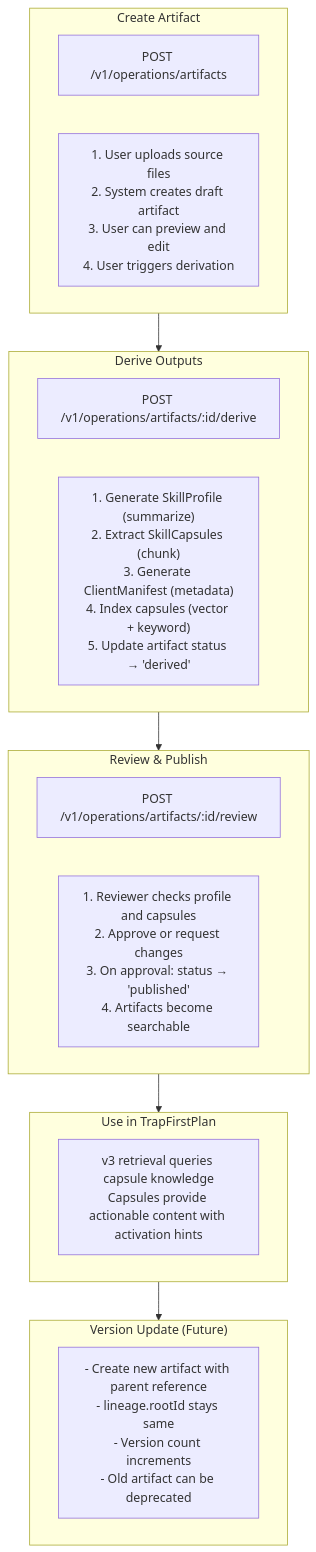
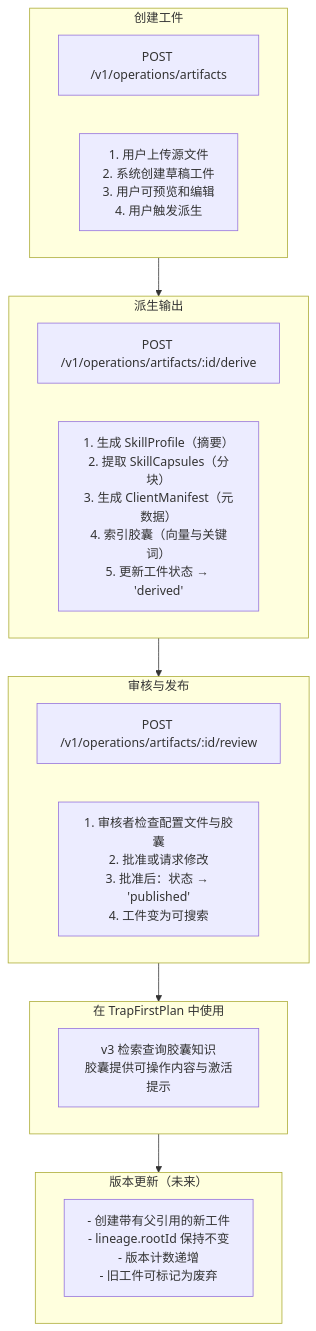
The second of 7 diagrams in docs/architecture/components/ARTIFACTS.md (pofossette/TrapMap-for-vibing), drawn with Mermaid before and after one commit. The commit also changed other lines of this file and 11 other files, not shown here.

First line of the commit message:
docs: 转换 ASCII 框图为 Mermaid flowchart tb + subgraph，翻译已有 Mermaid 图表为简体中文

````diff
--- a/docs/architecture/components/ARTIFACTS.md
+++ b/docs/architecture/components/ARTIFACTS.md
@@ -157,27 +157,27 @@
 ```mermaid
 flowchart TB
-    subgraph Create["Create Artifact"]
+    subgraph Create["创建工件"]
         A1["POST /v1/operations/artifacts"]
-        A2["1. User uploads source files\n2. System creates draft artifact\n3. User can preview and edit\n4. User triggers derivation"]
+        A2["1. 用户上传源文件\n2. 系统创建草稿工件\n3. 用户可预览和编辑\n4. 用户触发派生"]
     end
 
-    subgraph Derive["Derive Outputs"]
+    subgraph Derive["派生输出"]
         B1["POST /v1/operations/artifacts/:id/derive"]
-        B2["1. Generate SkillProfile (summarize)\n2. Extract SkillCapsules (chunk)\n3. Generate ClientManifest (metadata)\n4. Index capsules (vector + keyword)\n5. Update artifact status → 'derived'"]
+        B2["1. 生成 SkillProfile（摘要）\n2. 提取 SkillCapsules（分块）\n3. 生成 ClientManifest（元数据）\n4. 索引胶囊（向量与关键词）\n5. 更新工件状态 → 'derived'"]
     end
 
-    subgraph Review["Review & Publish"]
+    subgraph Review["审核与发布"]
         C1["POST /v1/operations/artifacts/:id/review"]
-        C2["1. Reviewer checks profile and capsules\n2. Approve or request changes\n3. On approval: status → 'published'\n4. Artifacts become searchable"]
+        C2["1. 审核者检查配置文件与胶囊\n2. 批准或请求修改\n3. 批准后：状态 → 'published'\n4. 工件变为可搜索"]
     end
 
-    subgraph Use["Use in TrapFirstPlan"]
-        D["v3 retrieval queries capsule knowledge\nCapsules provide actionable content with activation hints"]
+    subgraph Use["在 TrapFirstPlan 中使用"]
+        D["v3 检索查询胶囊知识\n胶囊提供可操作内容与激活提示"]
     end
 
-    subgraph Version["Version Update (Future)"]
-        E["- Create new artifact with parent reference\n- lineage.rootId stays same\n- Version count increments\n- Old artifact can be deprecated"]
+    subgraph Version["版本更新（未来）"]
+        E["- 创建带有父引用的新工件\n- lineage.rootId 保持不变\n- 版本计数递增\n- 旧工件可标记为废弃"]
     end
 
     Create --> Derive --> Review --> Use --> Version
 ```
````
